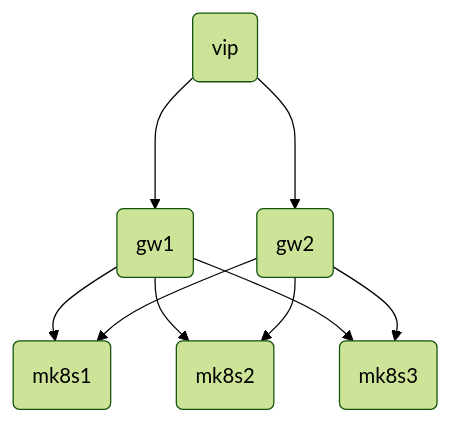
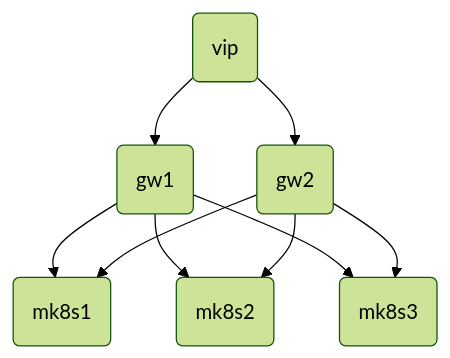
One commit to PrimeEuler/microcloud changed the diagram in README.md. Above: the diagram before and after it, drawn with Mermaid (forest theme).

````diff
--- a/README.md
+++ b/README.md
@@ -4,12 +4,17 @@
 ```mermaid
 graph TD;
     A(vip);
-    A--->B(gw1);
-    A--->C(gw2);
-    B-->D(mk8s1);
-    B-->E(mk8s2);
-    B-->F(mk8s3);
+    B(gw1);
+    C(gw2);
+    D(mk8s1);
+    E(mk8s2);
+    F(mk8s3);
+    A-->B;
+    A-->C;
+    B-->D;
+    B-->E;
+    B-->F;
     C-->D;
     C-->E;
     C-->F;
 ```
````
